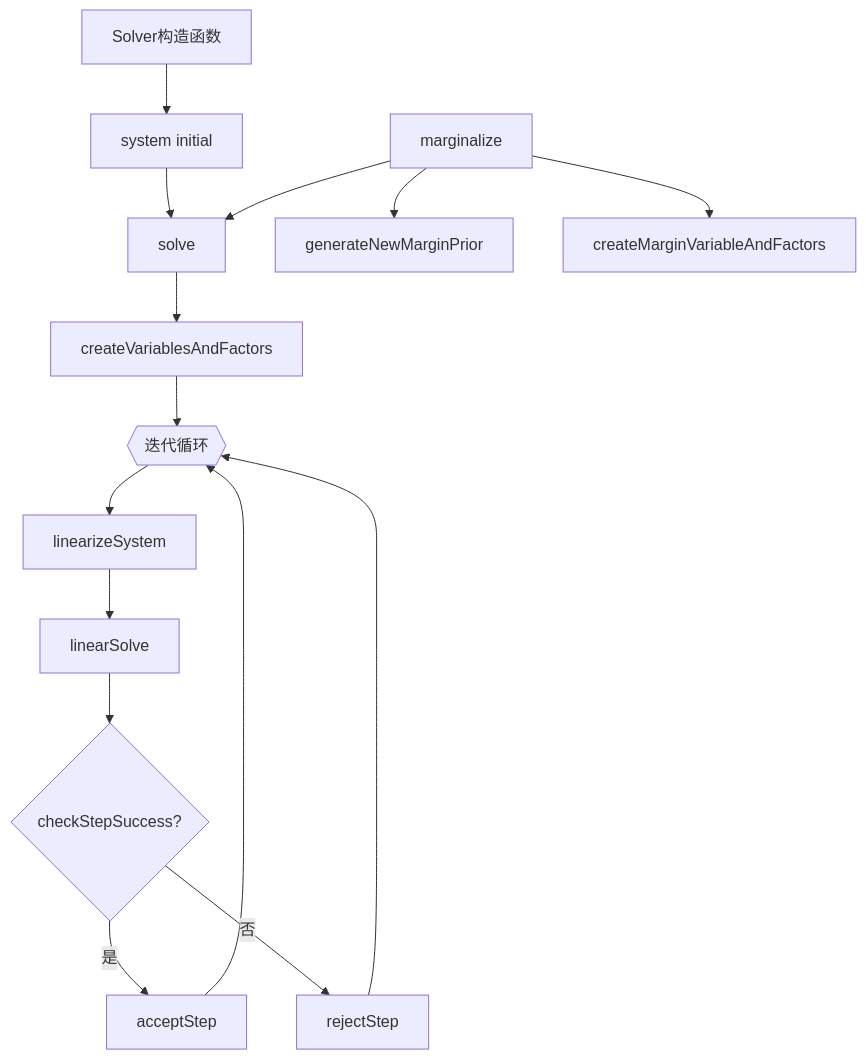
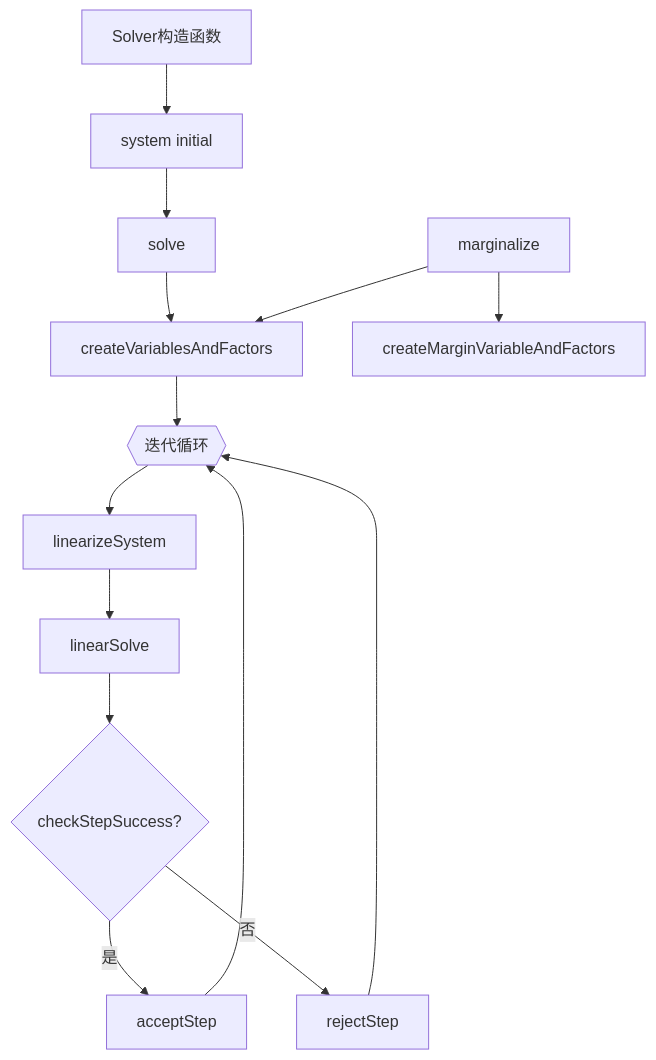
The diagram in all/未命名-2.md (huzixuan1/iodraw-files), drawn with Mermaid before and after one commit.

Commit message:
2025-04-17 09:28:03 update

````diff
--- a/all/未命名-2.md
+++ b/all/未命名-2.md
@@ -1,20 +1,19 @@
 ```mermaid
 
 graph TD
     A[Solver构造函数] --> B[system initial]
     B --> C[solve]
     C --> D[createVariablesAndFactors]
     D --> E{{迭代循环}}
     E --> F[linearizeSystem]
     F --> G[linearSolve]
     G --> H{checkStepSuccess?}
     H -- 是 --> I[acceptStep]
     H -- 否 --> J[rejectStep]
     I --> E
     J --> E
-    K[marginalize] --> C
-    K --> L[generateNewMarginPrior]
+    K[marginalize] --> D
     K --> M[createMarginVariableAndFactors]
 
 
 ```
````
